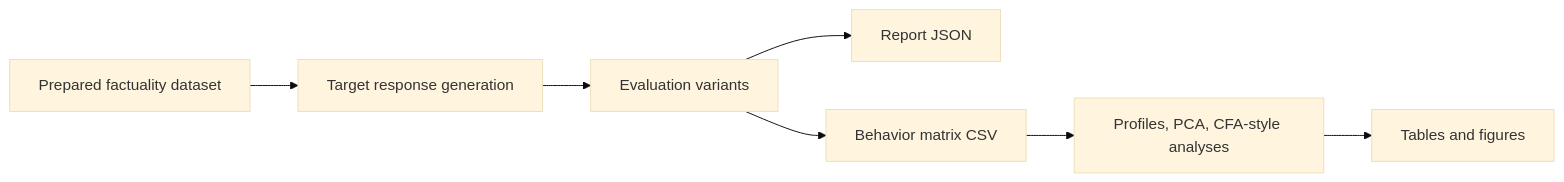
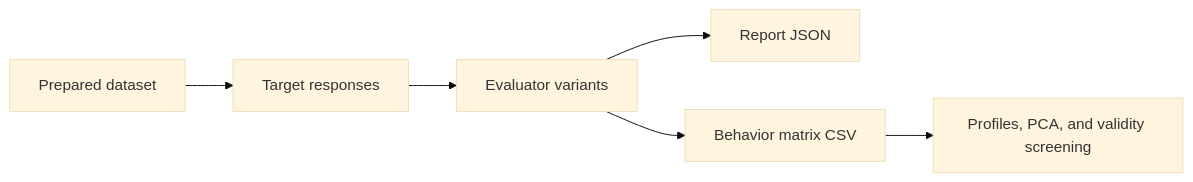
Before and after one commit to RachelNongyingLi/CALE: the diagram in README.md, drawn with Mermaid (base theme). The commit also changed other lines of this file, not shown here.

````diff
--- a/README.md
+++ b/README.md
@@ -14,9 +12,8 @@
 ```mermaid
 flowchart LR
-    A["Prepared factuality dataset"] --> B["Target response generation"]
-    B --> C["Evaluation variants"]
+    A["Prepared dataset"] --> B["Target responses"]
+    B --> C["Evaluator variants"]
     C --> D["Report JSON"]
     C --> E["Behavior matrix CSV"]
-    E --> F["Profiles, PCA, CFA-style analyses"]
-    F --> G["Tables and figures"]
+    E --> F["Profiles, PCA, and validity screening"]
 ```
````
